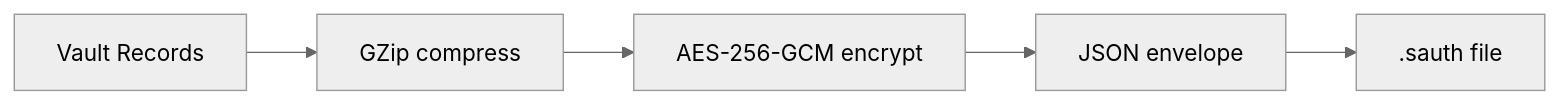
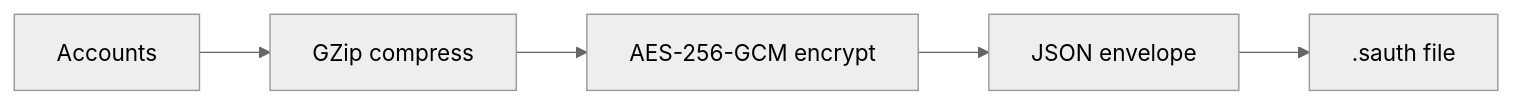
One commit to GabrielVergara/MasterSafeAuthenticator changed the diagram in docs/BackupFormat.md. Above: the diagram before and after it, drawn with Mermaid (neutral theme). The commit also changed other lines of this file and 75 other files, not shown here.

````diff
--- a/docs/BackupFormat.md
+++ b/docs/BackupFormat.md
@@ -7,7 +9,7 @@
 ```mermaid
 flowchart LR
-    V[Vault Records] --> G[GZip compress]
+    V[Accounts] --> G[GZip compress]
     G --> E[AES-256-GCM encrypt]
     E --> J[JSON envelope]
     J --> F[.sauth file]
 ```
````
